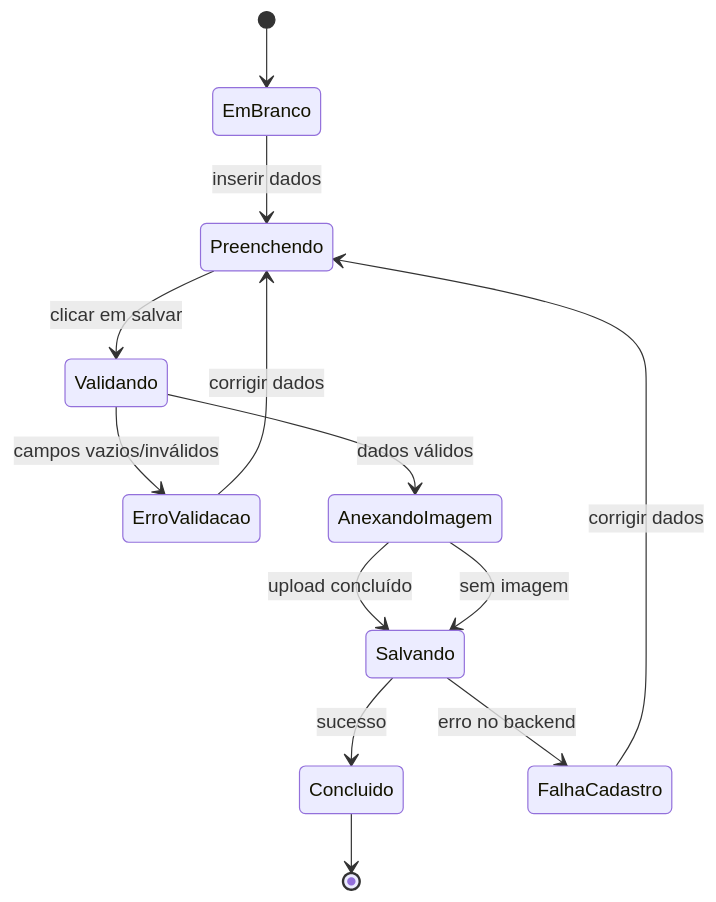
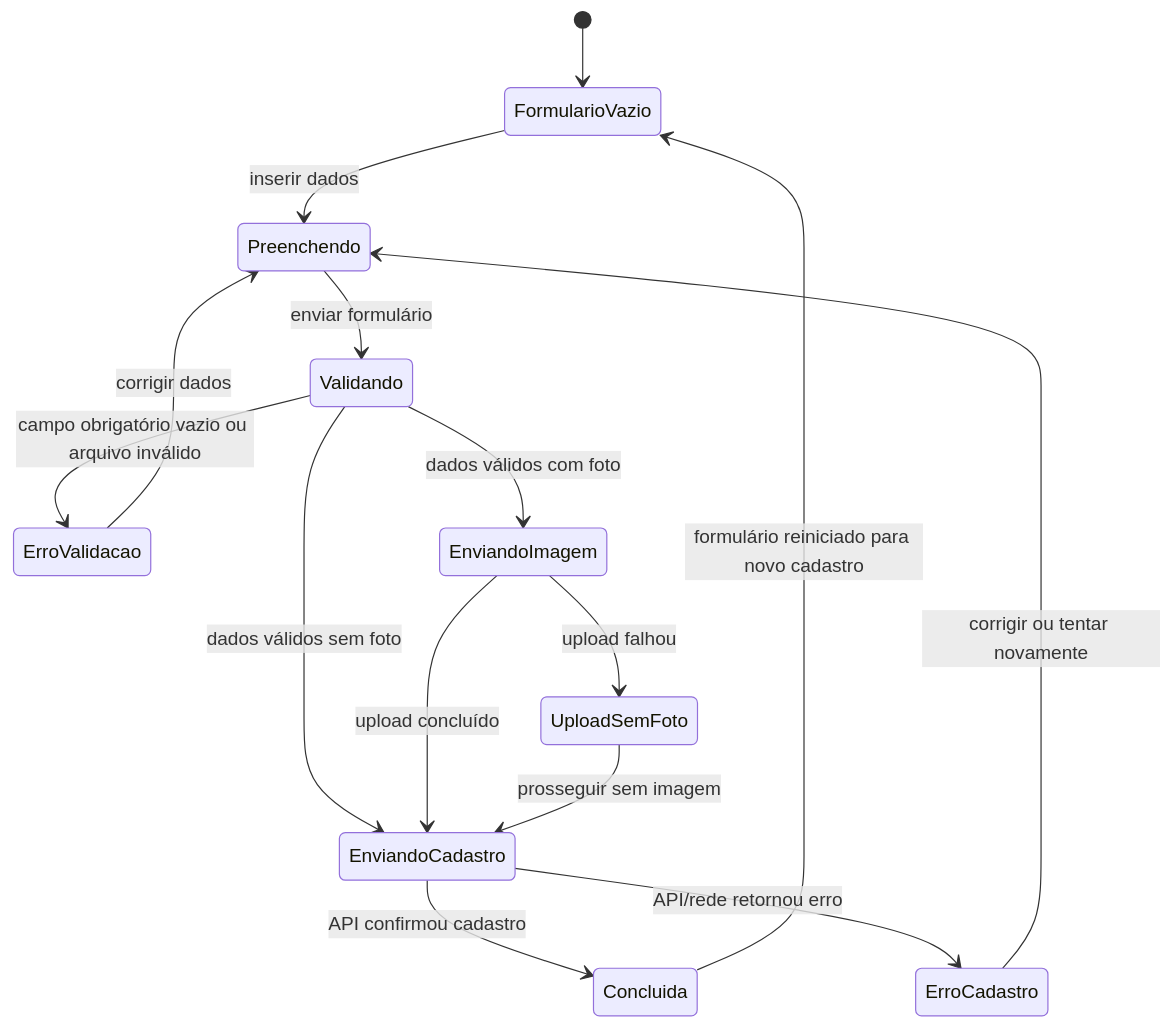
The diagram in DOCUMENTACAO_ENTREGAS.md (biancabenatti/CidadeAtiva), drawn with Mermaid before and after one commit. The commit also changed other lines of this file and 3 other files, not shown here.

````diff
--- a/DOCUMENTACAO_ENTREGAS.md
+++ b/DOCUMENTACAO_ENTREGAS.md
@@ -145,15 +144,17 @@
 ```mermaid
 stateDiagram-v2
-    [*] --> EmBranco
-    EmBranco --> Preenchendo : inserir dados
-    Preenchendo --> Validando : clicar em salvar
-    Validando --> ErroValidacao : campos vazios/inválidos
+    [*] --> FormularioVazio
+    FormularioVazio --> Preenchendo : inserir dados
+    Preenchendo --> Validando : enviar formulário
+    Validando --> ErroValidacao : campo obrigatório vazio ou arquivo inválido
     ErroValidacao --> Preenchendo : corrigir dados
-    Validando --> AnexandoImagem : dados válidos
-    AnexandoImagem --> Salvando : upload concluído
-    AnexandoImagem --> Salvando : sem imagem
-    Salvando --> Concluido : sucesso
-    Salvando --> FalhaCadastro : erro no backend
-    FalhaCadastro --> Preenchendo : corrigir dados
-    Concluido --> [*]
+    Validando --> EnviandoCadastro : dados válidos sem foto
+    Validando --> EnviandoImagem : dados válidos com foto
+    EnviandoImagem --> EnviandoCadastro : upload concluído
+    EnviandoImagem --> UploadSemFoto : upload falhou
+    UploadSemFoto --> EnviandoCadastro : prosseguir sem imagem
+    EnviandoCadastro --> Concluida : API confirmou cadastro
+    EnviandoCadastro --> ErroCadastro : API/rede retornou erro
+    ErroCadastro --> Preenchendo : corrigir ou tentar novamente
+    Concluida --> FormularioVazio : formulário reiniciado para novo cadastro
 ```
````
